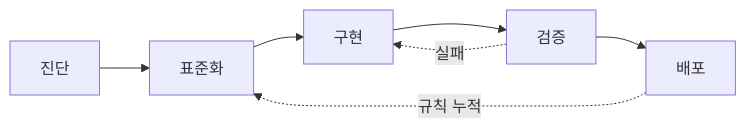
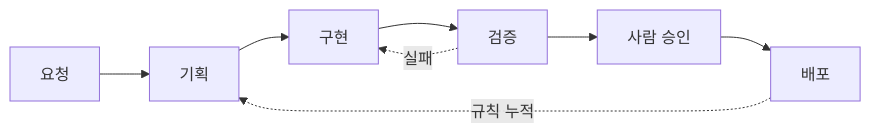
The diagram in README.md (afteryoon/afteryoon), drawn with Mermaid before and after one commit. The commit also changed other lines of this file and 1 other file, not shown here.

Commit message:
README 목업 v3.2: 서술 섹션 제거, 에이전트 워크플로우 흐름도만 유지, 커밋 뱀 추가

````diff
--- a/README.md
+++ b/README.md
@@ -56,6 +56,6 @@
 ```mermaid
 flowchart LR
-    A[진단] --> B[표준화] --> C[구현] --> D[검증] --> E[배포]
+    A[요청] --> B[기획] --> C[구현] --> D[검증] --> E[사람 승인] --> F[배포]
     D -. 실패 .-> C
-    E -. 규칙 누적 .-> B
+    F -. 규칙 누적 .-> B
 ```
````
